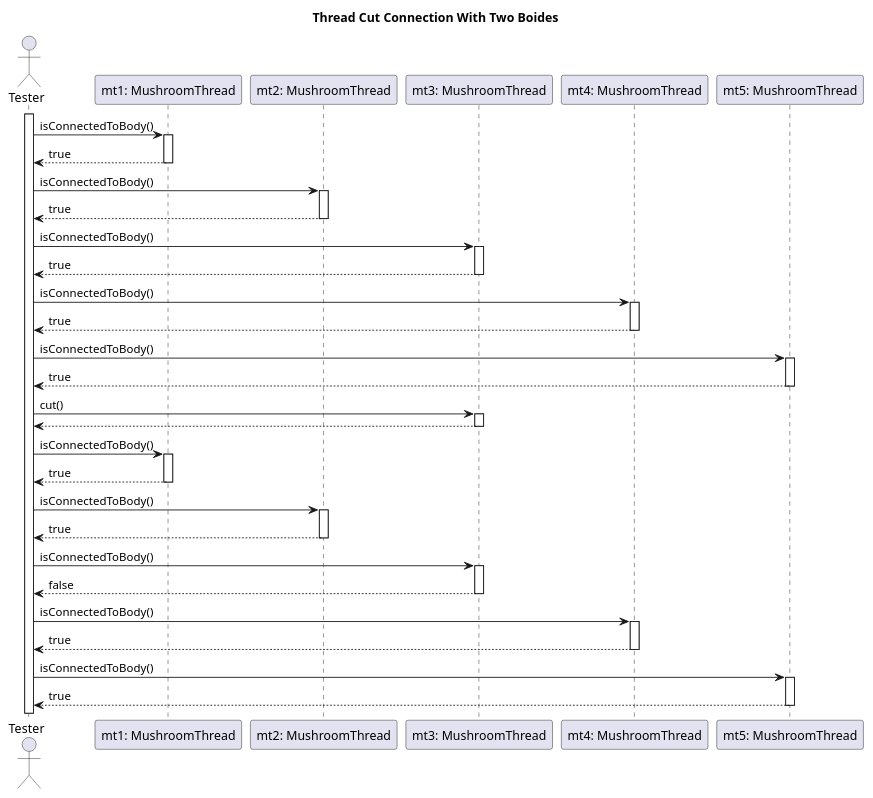
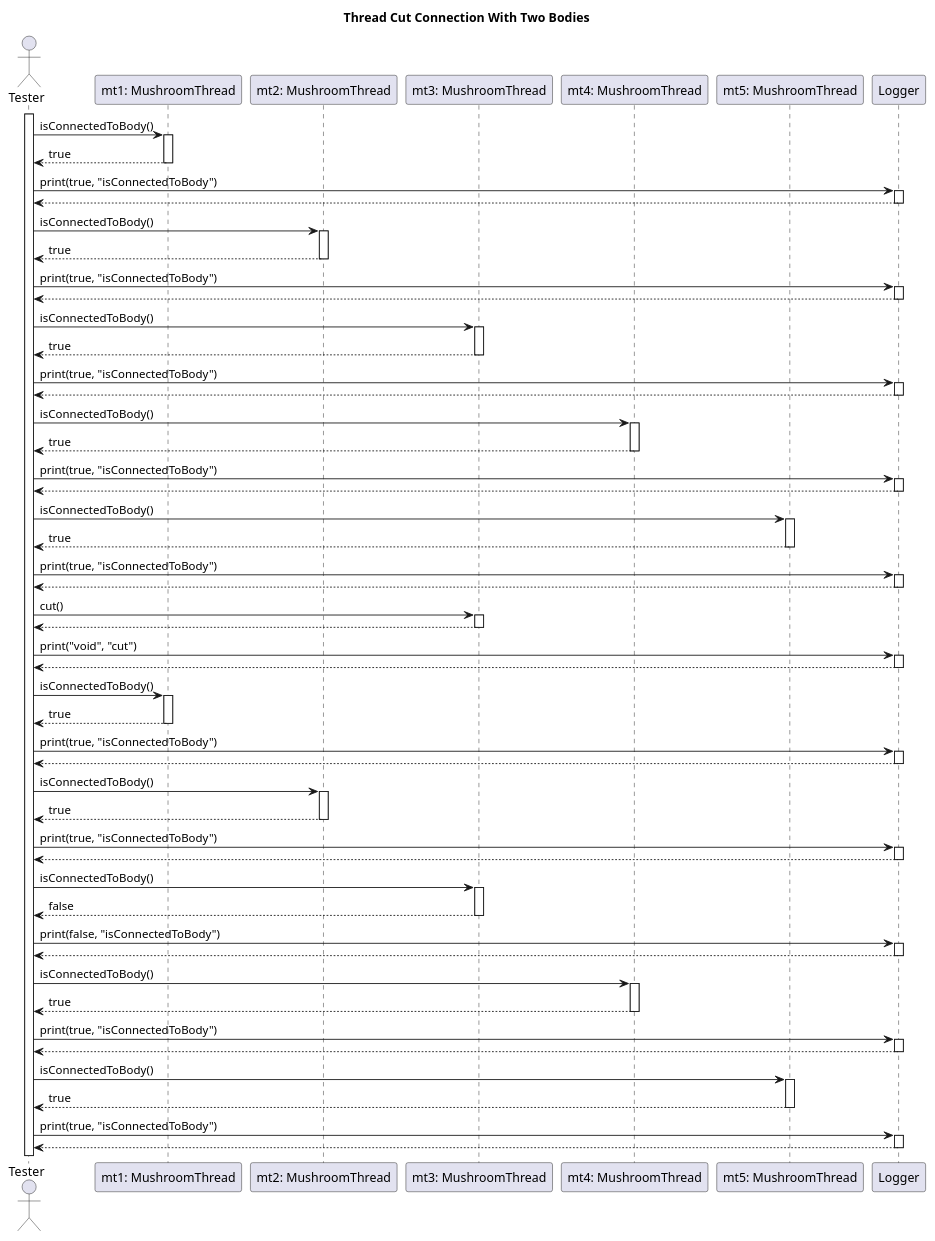
One commit to dzsem/projlab changed the diagram in diagrams/test-sequence/mushroom/threadCutConnectionTwoBodies.wsd. Above: the diagram before and after it, drawn with PlantUML. The commit also changed 1 other file, not shown here.

Commit message:
Fixed cut connection with 2 bodies

```diff
--- a/diagrams/test-sequence/mushroom/threadCutConnectionTwoBodies.wsd
+++ b/diagrams/test-sequence/mushroom/threadCutConnectionTwoBodies.wsd
@@ -1,78 +1,127 @@
-@startuml  Cut Connection With Two Boides
+@startuml  Cut Connection With Two Bodies
 
-title Thread Cut Connection With Two Boides
+title Thread Cut Connection With Two Bodies
 
 actor "Tester" as tester
 
 participant "mt1: MushroomThread" as mt1
 participant "mt2: MushroomThread" as mt2
 participant "mt3: MushroomThread" as mt3
 participant "mt4: MushroomThread" as mt4
 participant "mt5: MushroomThread" as mt5
 
+participant "Logger" as logger
+
 activate tester
 
 tester -> mt1: isConnectedToBody()
 activate mt1
 mt1 --> tester: true
 deactivate mt1
 
+tester -> logger: print(true, "isConnectedToBody")
+activate logger
+logger --> tester
+deactivate logger
 
 tester -> mt2: isConnectedToBody()
 activate mt2
 mt2 --> tester: true
 deactivate mt2
 
+tester -> logger: print(true, "isConnectedToBody")
+activate logger
+logger --> tester
+deactivate logger
 
 tester -> mt3: isConnectedToBody()
 activate mt3
 mt3 --> tester: true
 deactivate mt3
 
+tester -> logger: print(true, "isConnectedToBody")
+activate logger
+logger --> tester
+deactivate logger
 
 tester -> mt4: isConnectedToBody()
 activate mt4
 mt4 --> tester: true
 deactivate mt4
 
+tester -> logger: print(true, "isConnectedToBody")
+activate logger
+logger --> tester
+deactivate logger
 
 tester -> mt5: isConnectedToBody()
 activate mt5
 mt5 --> tester: true
 deactivate mt5
 
+tester -> logger: print(true, "isConnectedToBody")
+activate logger
+logger --> tester
+deactivate logger
+
 tester -> mt3: cut()
 activate mt3
 mt3 --> tester
 deactivate mt3
+
+tester -> logger: print("void", "cut")
+activate logger
+logger --> tester
+deactivate logger
 
 tester -> mt1: isConnectedToBody()
 activate mt1
 mt1 --> tester: true
 deactivate mt1
 
+tester -> logger: print(true, "isConnectedToBody")
+activate logger
+logger --> tester
+deactivate logger
 
 tester -> mt2: isConnectedToBody()
 activate mt2
 mt2 --> tester: true
 deactivate mt2
 
+tester -> logger: print(true, "isConnectedToBody")
+activate logger
+logger --> tester
+deactivate logger
 
 tester -> mt3: isConnectedToBody()
 activate mt3
 mt3 --> tester: false
 deactivate mt3
 
+tester -> logger: print(false, "isConnectedToBody")
+activate logger
+logger --> tester
+deactivate logger
 
 tester -> mt4: isConnectedToBody()
 activate mt4
 mt4 --> tester: true
 deactivate mt4
 
+tester -> logger: print(true, "isConnectedToBody")
+activate logger
+logger --> tester
+deactivate logger
 
 tester -> mt5: isConnectedToBody()
 activate mt5
 mt5 --> tester: true
 deactivate mt5
 
+tester -> logger: print(true, "isConnectedToBody")
+activate logger
+logger --> tester
+deactivate logger
+
 @enduml
```
